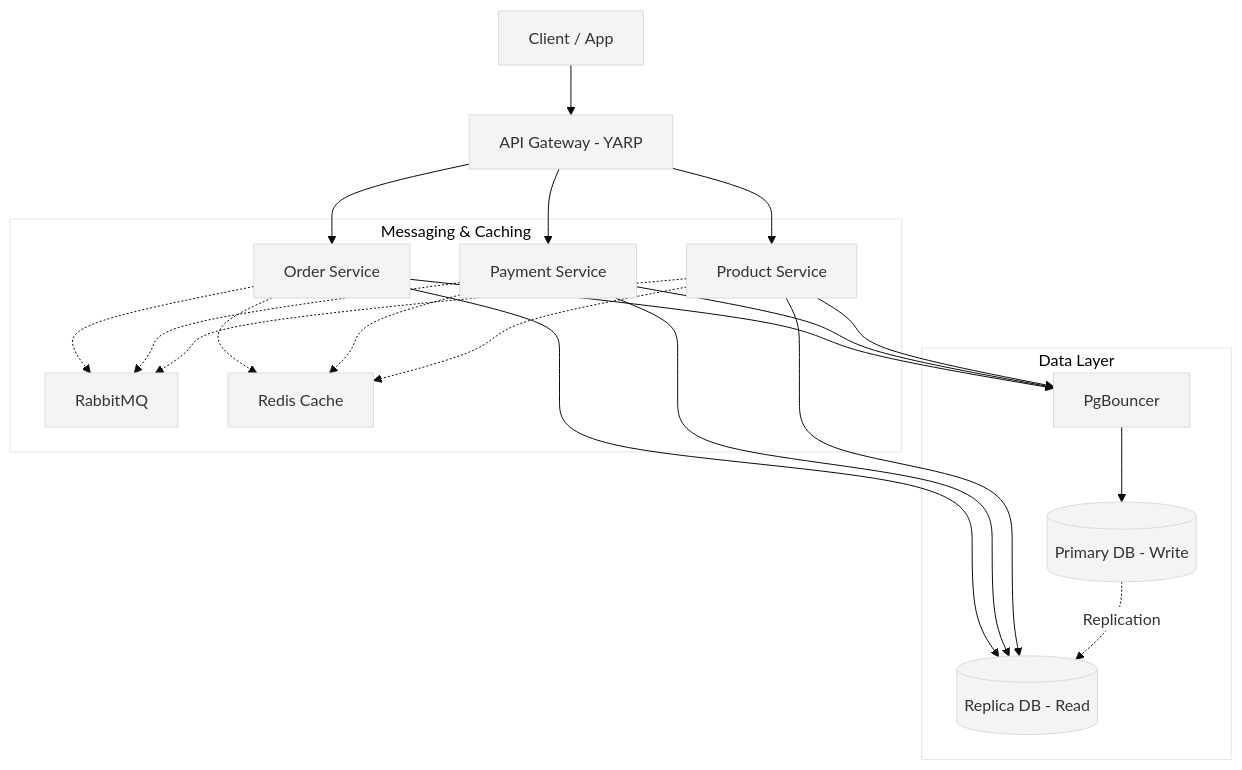
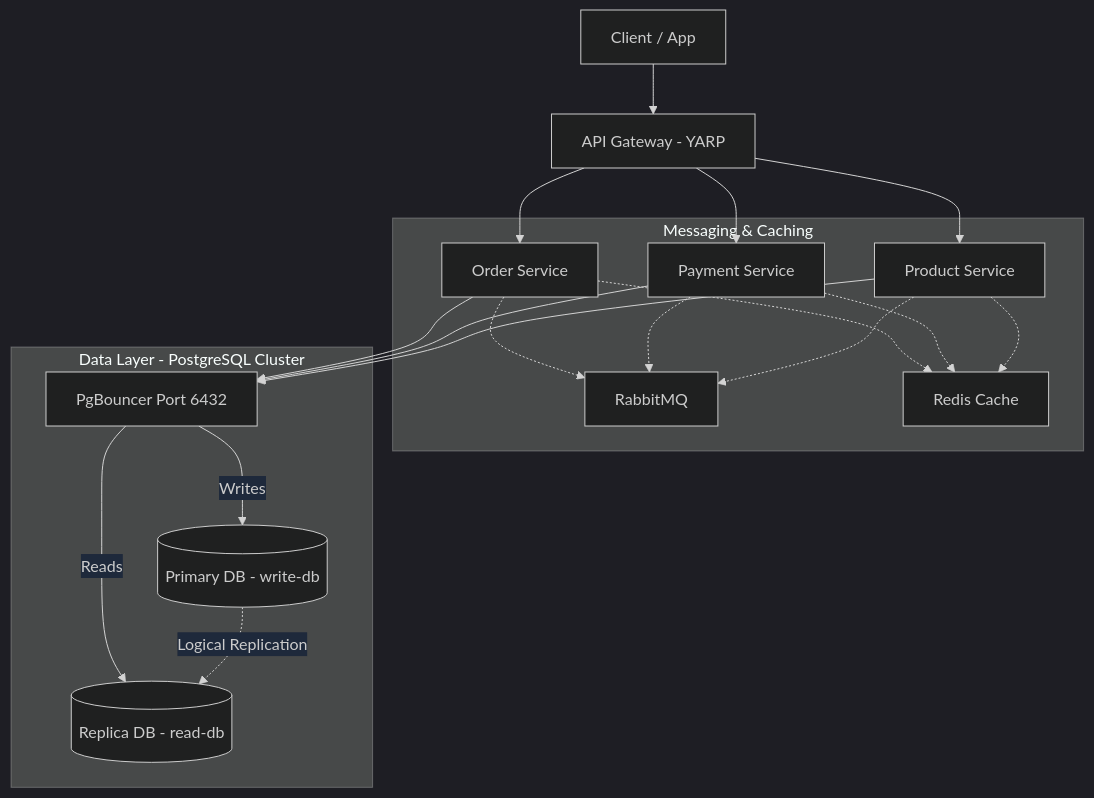
The first of 7 diagrams in README.md (mohamedessamanwar/MicroservicesArchitecture), drawn with Mermaid before and after one commit. The commit also changed other lines of this file and 3 other files, not shown here.

Commit message:
feat: add API Gateway Dockerfile and update Docker compose configurations and architecture documentation

````diff
--- a/README.md
+++ b/README.md
@@ -11,32 +14,30 @@
 ```mermaid
-%%{init: {"theme": "base", "themeVariables": { "primaryColor": "#f4f4f4", "edgeLabelBackground":"#ffffff" }}}%%
+%%{init: {"theme": "dark", "themeVariables": { "primaryColor": "#1e293b", "edgeLabelBackground":"#1e293b" }}}%%
 flowchart TD
     Client[Client / App] --> API_GW[API Gateway - YARP]
     
     API_GW --> Order[Order Service]
     API_GW --> Payment[Payment Service]
     API_GW --> Product[Product Service]
 
     subgraph Messaging & Caching
         Order -.-> MQ[RabbitMQ]
         Payment -.-> MQ
         Product -.-> MQ
         
         Order -.-> Redis[Redis Cache]
         Payment -.-> Redis
         Product -.-> Redis
     end
 
-    subgraph Data Layer
-        Order --> PGB[PgBouncer]
+    subgraph Data Layer - PostgreSQL Cluster
+        Order --> PGB[PgBouncer Port 6432]
         Payment --> PGB
         Product --> PGB
         
-        PGB --> DB_Write[(Primary DB - Write)]
-        Order --> DB_Read[(Replica DB - Read)]
-        Payment --> DB_Read
-        Product --> DB_Read
+        PGB -->|Writes| DB_Write[(Primary DB - write-db)]
+        PGB -->|Reads| DB_Read[(Replica DB - read-db)]
         
-        DB_Write -.->|Replication| DB_Read
+        DB_Write -.->|Logical Replication| DB_Read
     end
 ```
````
